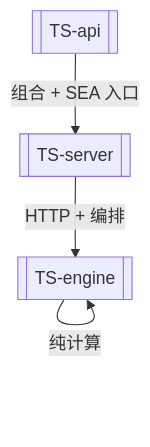
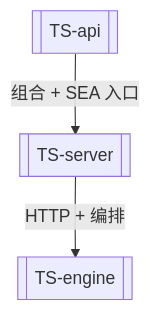
One commit to Brayszieqw/stats-code changed the diagram in knowledge-base/TS后端重写.md. Above: the diagram before and after it, drawn with Mermaid. The commit also changed other lines of this file and 28 other files, not shown here.

````diff
--- a/knowledge-base/TS后端重写.md
+++ b/knowledge-base/TS后端重写.md
@@ -21,6 +23,5 @@
 ```mermaid
 graph TD
     A[[TS-api]] -->|组合 + SEA 入口| B[[TS-server]]
     B -->|HTTP + 编排| C[[TS-engine]]
-    C -->|纯计算| C
 ```
````
